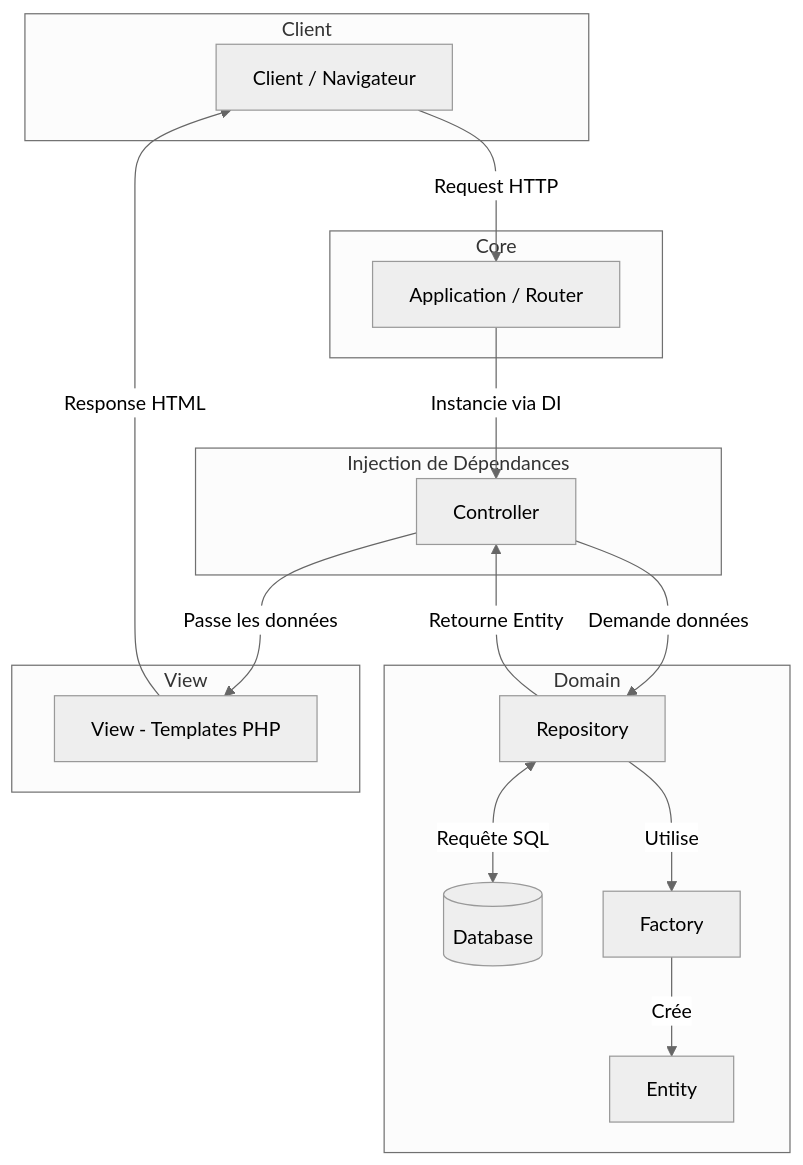
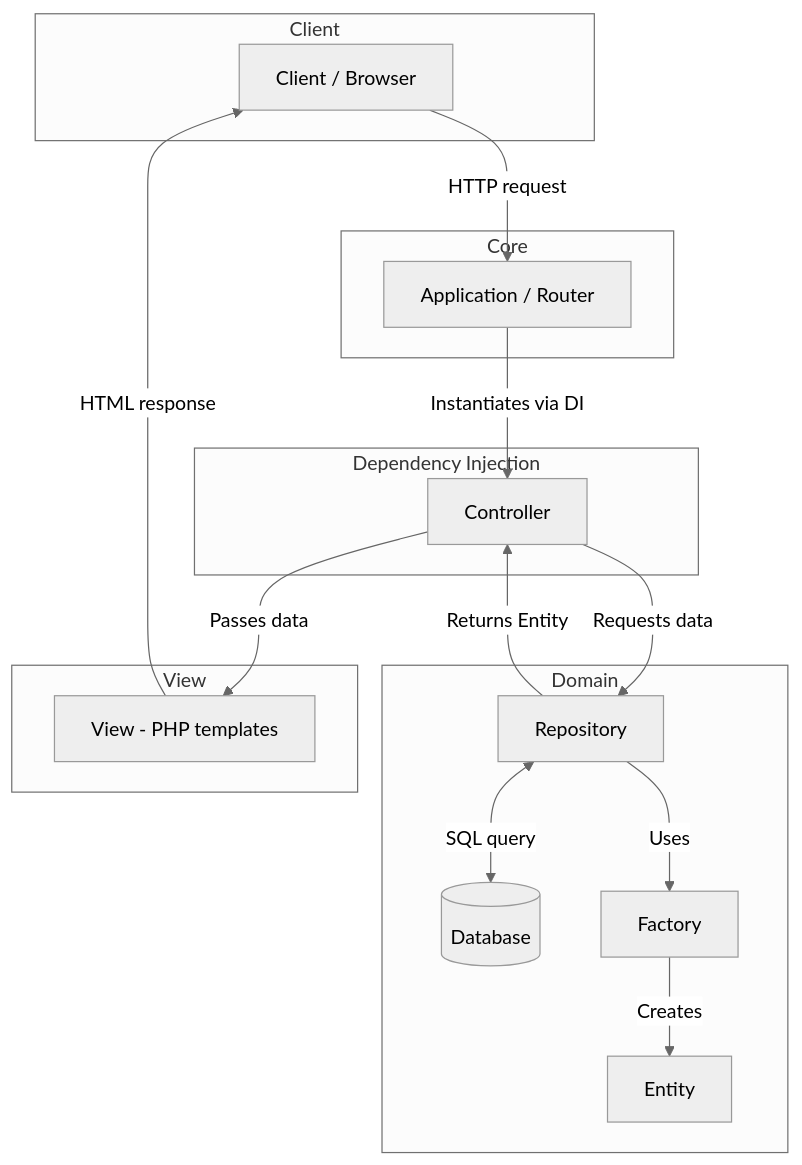
One commit to AHAMED-Nasser/BdeLive changed the diagram in README.md. Above: the diagram before and after it, drawn with Mermaid (neutral theme). The commit also changed other lines of this file and 1 other file, not shown here.

Commit message:
docs: update README and class diagram for consistency and clarity
- Translated French terms to English in the README for better accessibility.
- Updated the class diagram in diagramme-classes.puml to reflect consistent terminology, changing "Injection de Dépendances" to "Dependency Injection" and other phrases for clarity.
- Enhanced the overall documentation to align with current architectural patterns and improve understanding of the request lifecycle.

````diff
--- a/README.md
+++ b/README.md
@@ -94,35 +94,35 @@
 ```mermaid
 flowchart TD
     subgraph Client [Client]
-        Nav[Client / Navigateur]
+        Nav[Client / Browser]
     end
 
     subgraph Core [Core]
         App[Application / Router]
     end
 
-    subgraph DI [Injection de Dépendances]
+    subgraph DI [Dependency Injection]
         Ctrl[Controller]
     end
 
     subgraph Domain [Domain]
         Repo[Repository]
         DB[(Database)]
         Factory[Factory]
         Entity[Entity]
     end
 
     subgraph View [View]
-        Template[View - Templates PHP]
+        Template[View - PHP templates]
     end
 
-    Nav -->|Request HTTP| App
-    App -->|Instancie via DI| Ctrl
-    Ctrl -->|Demande données| Repo
-    Repo <-->|Requête SQL| DB
-    Repo -->|Utilise| Factory
-    Factory -->|Crée| Entity
-    Repo -->|Retourne Entity| Ctrl
-    Ctrl -->|Passe les données| Template
-    Template -->|Response HTML| Nav
+    Nav -->|HTTP request| App
+    App -->|Instantiates via DI| Ctrl
+    Ctrl -->|Requests data| Repo
+    Repo <-->|SQL query| DB
+    Repo -->|Uses| Factory
+    Factory -->|Creates| Entity
+    Repo -->|Returns Entity| Ctrl
+    Ctrl -->|Passes data| Template
+    Template -->|HTML response| Nav
 ```
````
